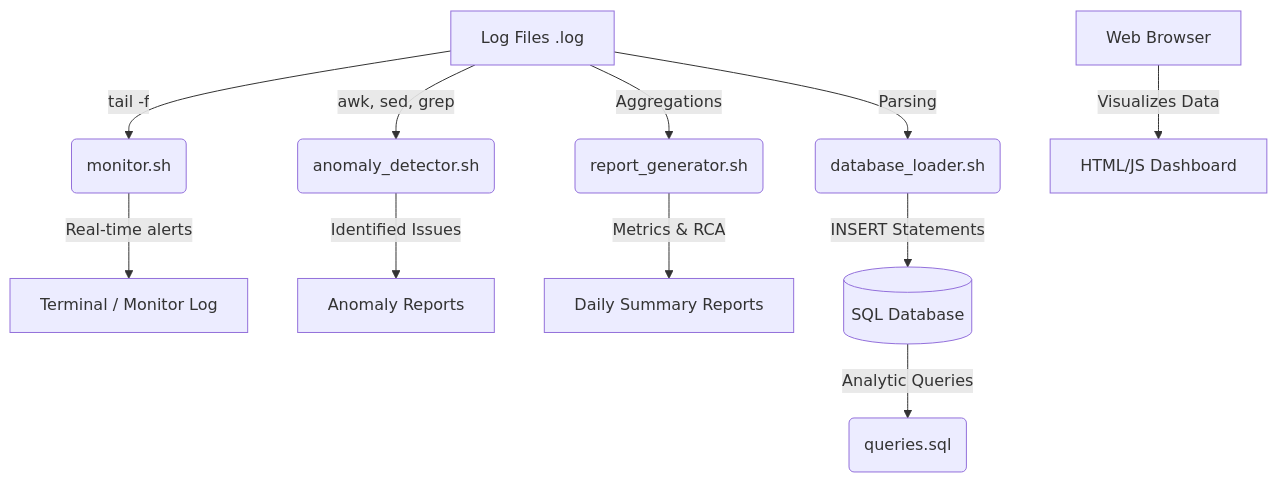
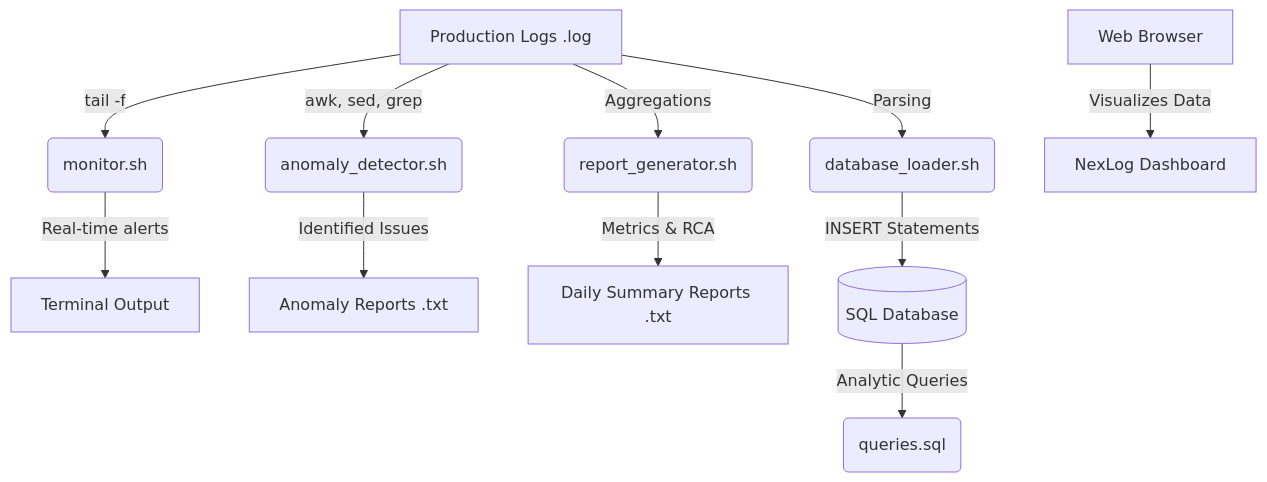
The diagram in README.md (mihir1621/unix-based-log-monitoring-tool), drawn with Mermaid before and after one commit. The commit also changed other lines of this file and 5 other files, not shown here.

````diff
--- a/README.md
+++ b/README.md
@@ -54,16 +34,16 @@
 ```mermaid
 graph TD;
-    A[Log Files .log] -->|tail -f| B(monitor.sh)
-    B -->|Real-time alerts| C[Terminal / Monitor Log]
+    A[Production Logs .log] -->|tail -f| B(monitor.sh)
+    B -->|Real-time alerts| C[Terminal Output]
     
     A -->|awk, sed, grep| D(anomaly_detector.sh)
     A -->|Aggregations| E(report_generator.sh)
     A -->|Parsing| F(database_loader.sh)
     
-    D -->|Identified Issues| G[Anomaly Reports]
-    E -->|Metrics & RCA| H[Daily Summary Reports]
+    D -->|Identified Issues| G[Anomaly Reports .txt]
+    E -->|Metrics & RCA| H[Daily Summary Reports .txt]
     F -->|INSERT Statements| I[(SQL Database)]
     
-    J[Web Browser] -->|Visualizes Data| K[HTML/JS Dashboard]
+    J[Web Browser] -->|Visualizes Data| K[NexLog Dashboard]
     I -->|Analytic Queries| L(queries.sql)
 ```
````
